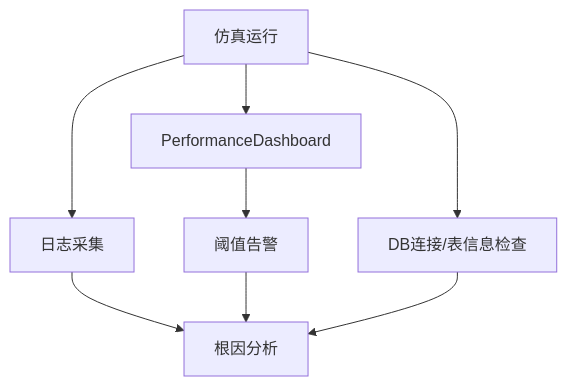
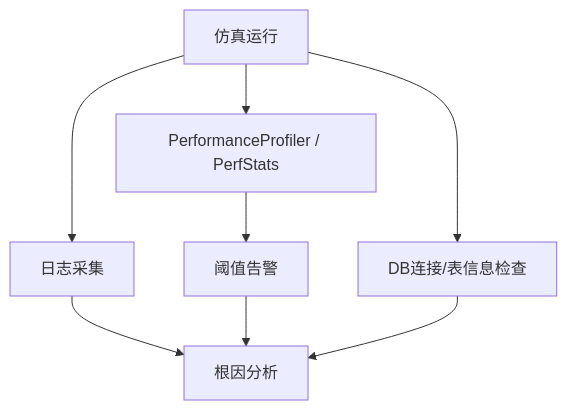
Before and after one commit to senzhang-ps/chainsight: the tenth of 11 diagrams in docs/handover/refactored/01-architecture/architecture.md, drawn with Mermaid. The commit also changed other lines of this file and 15 other files, not shown here.

````diff
--- a/docs/handover/refactored/01-architecture/architecture.md
+++ b/docs/handover/refactored/01-architecture/architecture.md
@@ -995,10 +993,10 @@
 ```mermaid
 flowchart TB
     A["仿真运行"]
     A --> B["日志采集"]
-    A --> C["PerformanceDashboard"]
+    A --> C["PerformanceProfiler / PerfStats"]
     A --> D["DB连接/表信息检查"]
     B --> E["根因分析"]
     C --> F["阈值告警"] --> E
     D --> E
 ```
````
